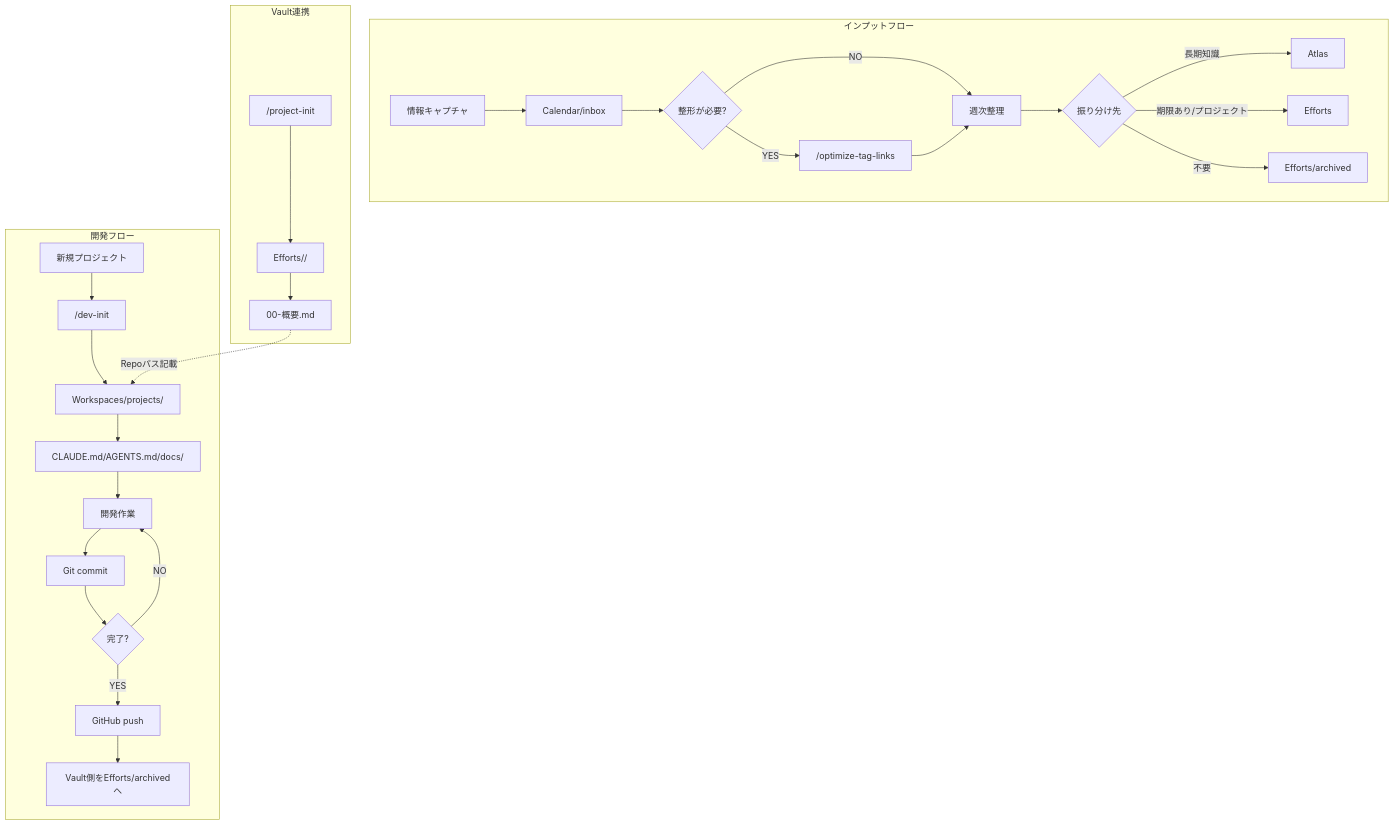
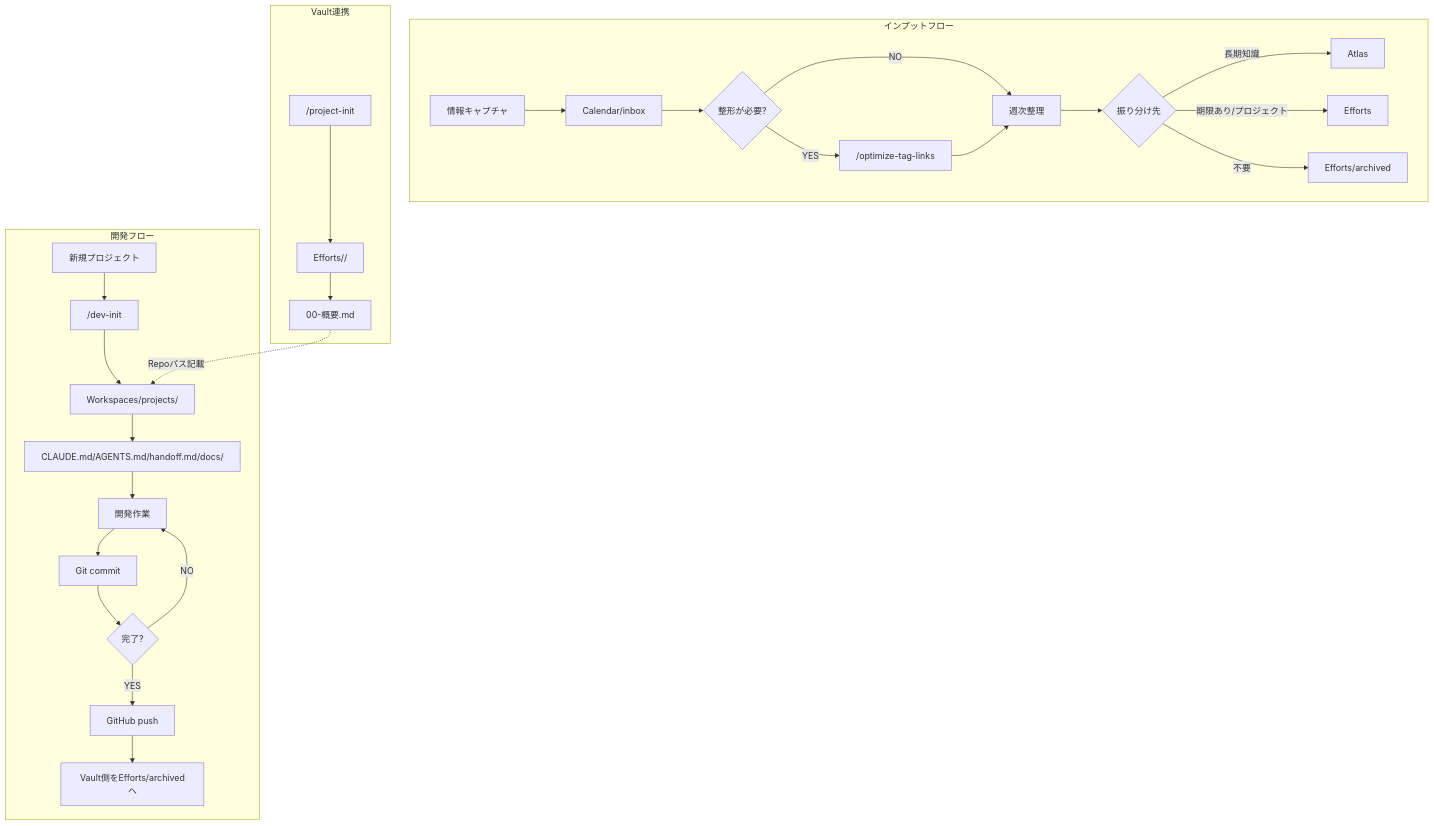
One commit to JUN-CDI/secondbrain-agent-skills changed the diagram in System/Documentation/運用フロー-2つの動線.md. Above: the diagram before and after it, drawn with Mermaid. The commit also changed other lines of this file and 42 other files, not shown here.

````diff
--- a/System/Documentation/運用フロー-2つの動線.md
+++ b/System/Documentation/運用フロー-2つの動線.md
@@ -17,32 +17,32 @@
 ```mermaid
 flowchart TB
     subgraph InputFlow["インプットフロー"]
         I1[情報キャプチャ] --> I2[Calendar/inbox]
         I2 --> I3{整形が必要?}
         I3 -->|YES| I4["/optimize-tag-links"]
         I3 -->|NO| I5[週次整理]
         I4 --> I5
         I5 --> I6{振り分け先}
         I6 -->|長期知識| M["Atlas"]
         I6 -->|期限あり/プロジェクト| P["Efforts"]
         I6 -->|不要| AR["Efforts/archived"]
     end
 
     subgraph DevFlow["開発フロー"]
         D1[新規プロジェクト] --> D2["/dev-init"]
         D2 --> D3["Workspaces/projects/"]
-        D3 --> D4["CLAUDE.md/AGENTS.md/docs/"]
+        D3 --> D4["CLAUDE.md/AGENTS.md/handoff.md/docs/"]
         D4 --> D5[開発作業]
         D5 --> D6[Git commit]
         D6 --> D7{完了?}
         D7 -->|NO| D5
         D7 -->|YES| D8[GitHub push]
         D8 --> D9[Vault側をEfforts/archivedへ]
     end
 
     subgraph VaultLink["Vault連携"]
         V1["/project-init"] --> V2["Efforts/<project>/"]
         V2 --> V3["00-概要.md"]
         V3 -.->|Repoパス記載| D3
     end
 ```
````
